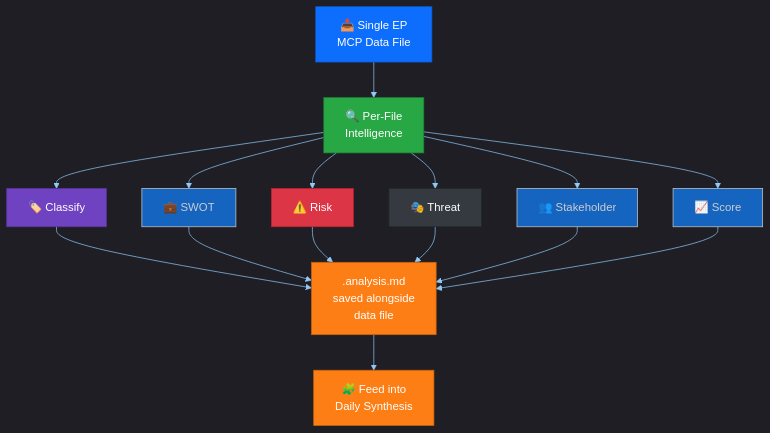
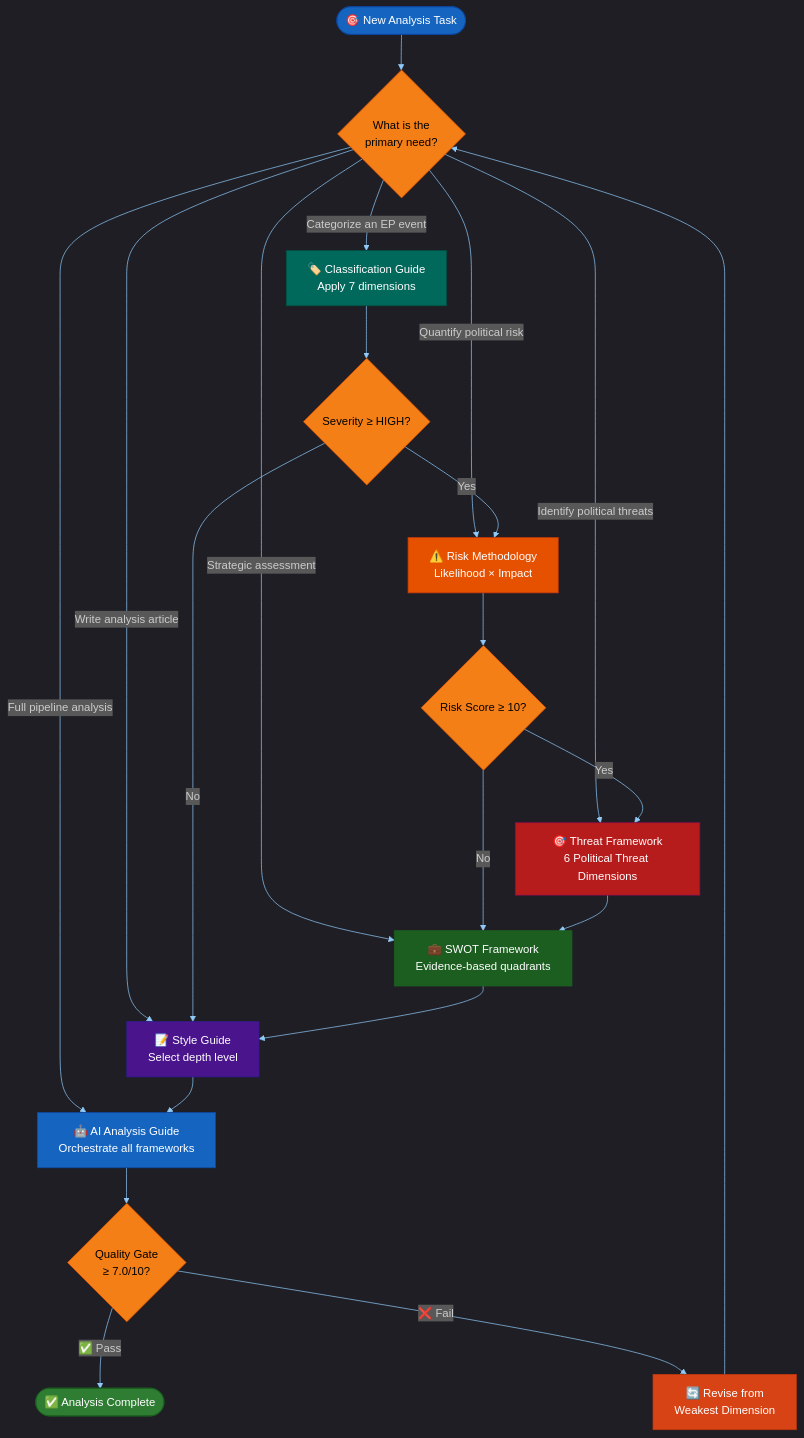
The tenth of 12 diagrams in docs/api/media/README-9.md (Hack23/euparliamentmonitor), drawn with Mermaid before and after one commit. The commit also changed other lines of this file and 1239 other files, not shown here.

````diff
--- a/docs/api/media/README-9.md
+++ b/docs/api/media/README-9.md
@@ -623,21 +683,43 @@
 ```mermaid
 %%{init: {"theme":"dark","themeVariables":{"primaryColor":"#1565C0","primaryTextColor":"#ffffff","primaryBorderColor":"#0A3F7F","lineColor":"#90CAF9","secondaryColor":"#2E7D32","secondaryTextColor":"#ffffff","secondaryBorderColor":"#0F3F00","tertiaryColor":"#FF9800","tertiaryTextColor":"#000000","tertiaryBorderColor":"#7F4F00","mainBkg":"#1565C0","secondBkg":"#2E7D32","tertiaryBkg":"#FF9800","noteBkgColor":"#FFC107","noteTextColor":"#000000","noteBorderColor":"#7F6000","errorBkgColor":"#D32F2F","errorTextColor":"#ffffff","fontFamily":"Inter, Helvetica, Arial, sans-serif","pie1":"#1565C0","pie2":"#2E7D32","pie3":"#FF9800","pie4":"#D32F2F","pie5":"#FFC107","pie6":"#7B1FA2","pie7":"#9E9E9E","pie8":"#0288D1","pie9":"#388E3C","pie10":"#F57C00","pie11":"#C62828","pie12":"#FBC02D","pieTitleTextSize":"18px","pieSectionTextSize":"14px","pieLegendTextSize":"13px","pieStrokeColor":"#1e1e1e","pieOuterStrokeColor":"#1e1e1e","git0":"#1565C0","git1":"#2E7D32","git2":"#FF9800","git3":"#D32F2F","gitBranchLabel0":"#ffffff","gitBranchLabel1":"#ffffff","gitBranchLabel2":"#000000","gitBranchLabel3":"#ffffff","cScale0":"#1565C0","cScale1":"#2E7D32","cScale2":"#FF9800","cScale3":"#D32F2F","cScale4":"#FFC107","cScale5":"#7B1FA2","cScale6":"#9E9E9E","cScale7":"#0288D1","xyChart":{"backgroundColor":"#1e1e1e","plotColorPalette":"#1565C0,#2E7D32,#FF9800,#D32F2F,#FFC107,#7B1FA2,#9E9E9E"}}}}%%
 flowchart TD
-    MCP["📥 Single EP<br/>MCP Data File"] --> PFI["🔍 Per-File<br/>Intelligence"]
-    PFI --> CLS["🏷️ Classify"]
-    PFI --> SWT["💼 SWOT"]
-    PFI --> RSK["⚠️ Risk"]
-    PFI --> THR["🎭 Threat"]
-    PFI --> STK["👥 Stakeholder"]
-    PFI --> SIG["📈 Score"]
-    CLS & SWT & RSK & THR & STK & SIG --> OUT[".analysis.md<br/>saved alongside<br/>data file"]
-    OUT --> SYN["🧩 Feed into<br/>Daily Synthesis"]
+    Start([🎯 New Analysis Task]) --> Q1{What is the<br/>primary need?}
 
-    style MCP fill:#0d6efd,color:#fff,stroke:#0a58ca
-    style PFI fill:#28a745,color:#fff,stroke:#1e7e34
-    style OUT fill:#fd7e14,color:#fff,stroke:#c96009
-    style SYN fill:#fd7e14,color:#fff,stroke:#c96009
-    style CLS fill:#6f42c1,color:#fff,stroke:#59359a
-    style RSK fill:#dc3545,color:#fff,stroke:#bd2130
-    style THR fill:#343a40,color:#fff,stroke:#23272b
+    Q1 -->|Categorize an EP event| CG[🏷️ Classification Guide<br/>Apply 7 dimensions]
+    Q1 -->|Quantify political risk| RM[⚠️ Risk Methodology<br/>Likelihood × Impact]
+    Q1 -->|Identify political threats| TF[🎯 Threat Framework<br/>6 Political Threat Dimensions]
+    Q1 -->|Strategic assessment| SW[💼 SWOT Framework<br/>Evidence-based quadrants]
+    Q1 -->|Write analysis article| SG[📝 Style Guide<br/>Select depth level]
+    Q1 -->|Full pipeline analysis| AI[🤖 AI Analysis Guide<br/>Orchestrate all frameworks]
+
+    CG --> Q2{Severity ≥ HIGH?}
+    Q2 -->|Yes| RM
+    Q2 -->|No| SG
+
+    RM --> Q3{Risk Score ≥ 10?}
+    Q3 -->|Yes| TF
+    Q3 -->|No| SW
+
+    TF --> SW
+    SW --> SG
+    SG --> AI
+
+    AI --> Gate{Quality Gate<br/>≥ 7.0/10?}
+    Gate -->|✅ Pass| Done([✅ Analysis Complete])
+    Gate -->|❌ Fail| Revise[🔄 Revise from<br/>Weakest Dimension]
+    Revise --> Q1
+
+    style Start fill:#1565C0,stroke:#0D47A1,color:#FFFFFF
+    style Q1 fill:#F57F17,stroke:#E65100,color:#000000
+    style CG fill:#00695C,stroke:#004D40,color:#FFFFFF
+    style RM fill:#E65100,stroke:#BF360C,color:#FFFFFF
+    style TF fill:#B71C1C,stroke:#880E4F,color:#FFFFFF
+    style SW fill:#1B5E20,stroke:#1B5E20,color:#FFFFFF
+    style SG fill:#4A148C,stroke:#311B92,color:#FFFFFF
+    style AI fill:#1565C0,stroke:#0D47A1,color:#FFFFFF
+    style Q2 fill:#F57F17,stroke:#E65100,color:#000000
+    style Q3 fill:#F57F17,stroke:#E65100,color:#000000
+    style Gate fill:#F57F17,stroke:#E65100,color:#000000
+    style Done fill:#2E7D32,stroke:#1B5E20,color:#FFFFFF
+    style Revise fill:#D84315,stroke:#BF360C,color:#FFFFFF
 ```
````
